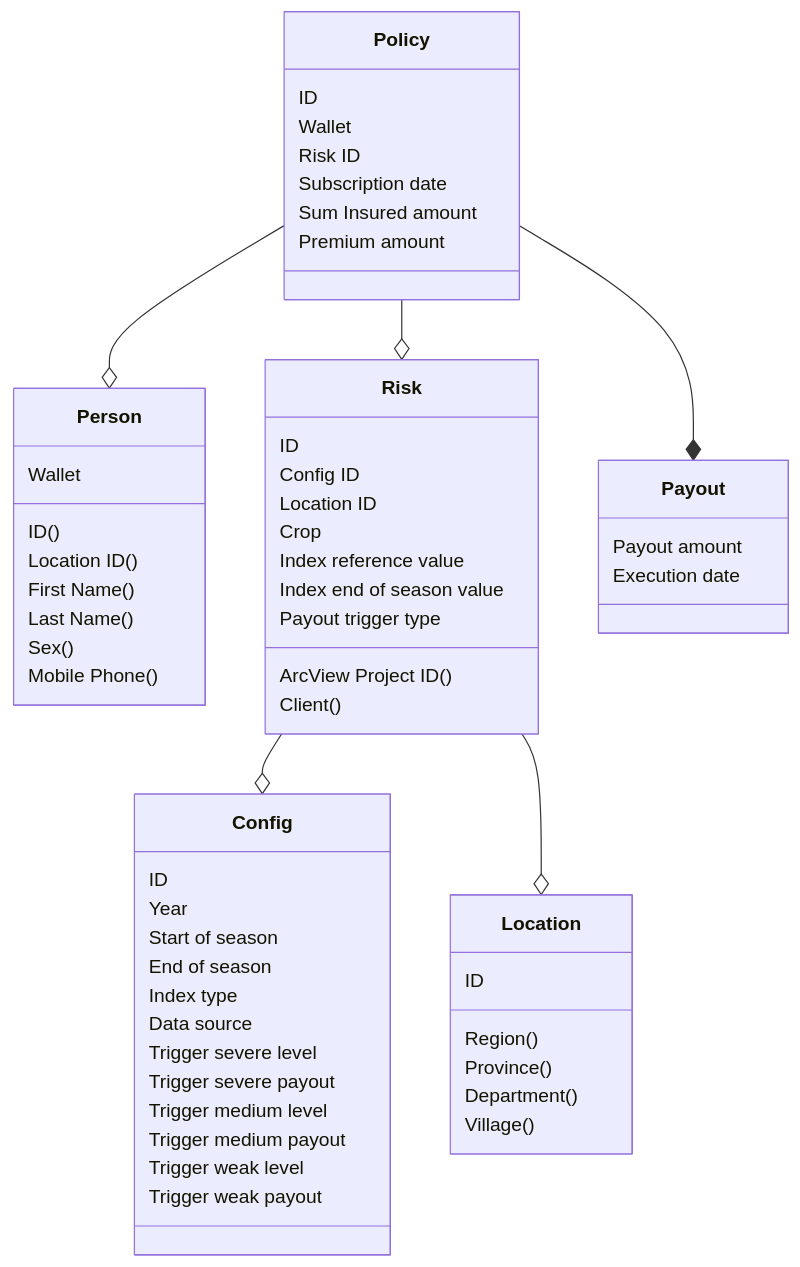
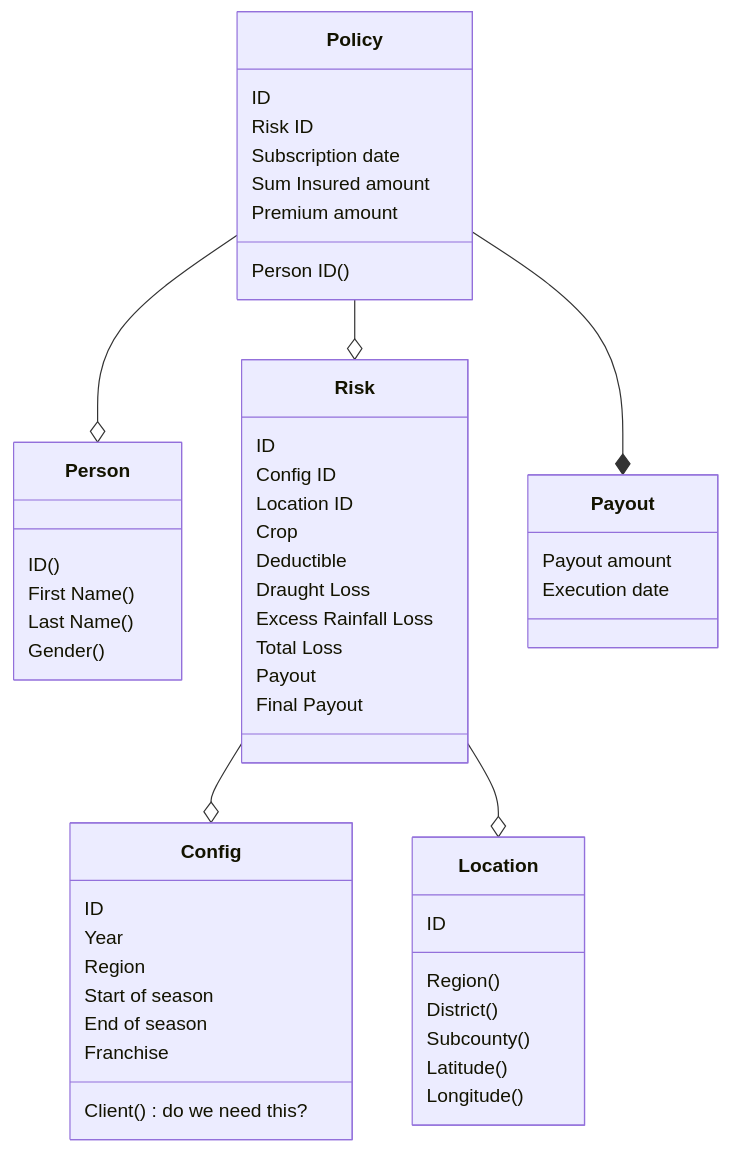
The second of 2 diagrams in README.MD (etherisc/esusfarm), drawn with Mermaid before and after one commit. The commit also changed other lines of this file, not shown here.

Commit message:
amend data model add api draft

````diff
--- a/README.MD
+++ b/README.MD
@@ -25,68 +25,62 @@
 ```mermaid
 classDiagram
 
     Policy --o Person
     Policy --o Risk
     Policy --* Payout
     Risk --o Config
     Risk --o Location
 
     class Person {
-        Wallet
         ID ()
-        Location ID ()
         First Name ()
         Last Name ()
-        Sex ()
-        Mobile Phone ()
+        Gender ()
     }
 
     class Policy {
         ID
-        Wallet
+        Person ID ()
         Risk ID
         Subscription date
         Sum Insured amount
         Premium amount
     }
 
     class Payout {
         Payout amount
         Execution date
     }
 
     class Risk {
         ID
-        ArcView Project ID ()
         Config ID
         Location ID
         Crop
-        Index reference value
-        Index end of season value
-        Payout trigger type
-        Client ()
+        Deductible
+        Draught Loss
+        Excess Rainfall Loss
+        Total Loss
+        Payout
+        Final Payout
     }
 
     class Config {
         ID
         Year
+        Region
         Start of season
         End of season
-        Index type
-        Data source
-        Trigger severe level
-        Trigger severe payout
-        Trigger medium level
-        Trigger medium payout
-        Trigger weak level
-        Trigger weak payout
+        Franchise
+        Client () do we need this?
     }
 
     class Location {
         ID
         Region ()
-        Province ()
-        Department ()
-        Village ()
+        District ()
+        Subcounty ()
+        Latitude ()
+        Longitude ()
     }
 ```
````
